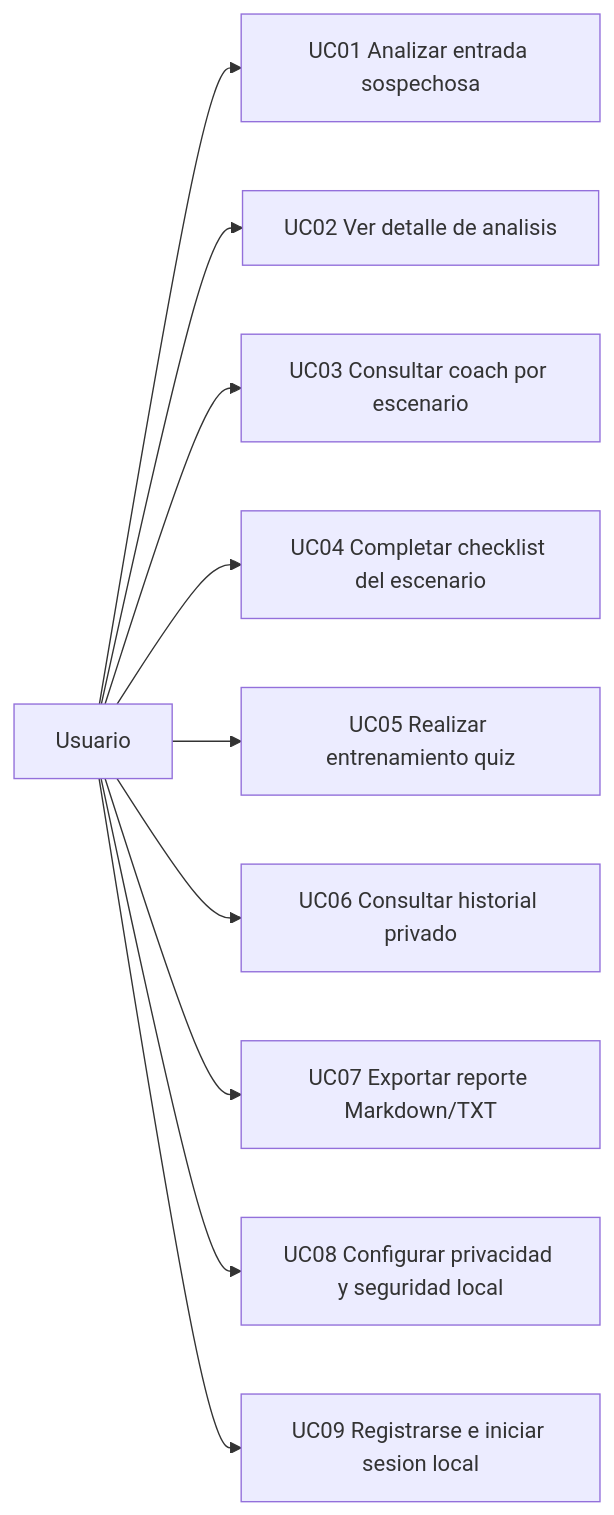
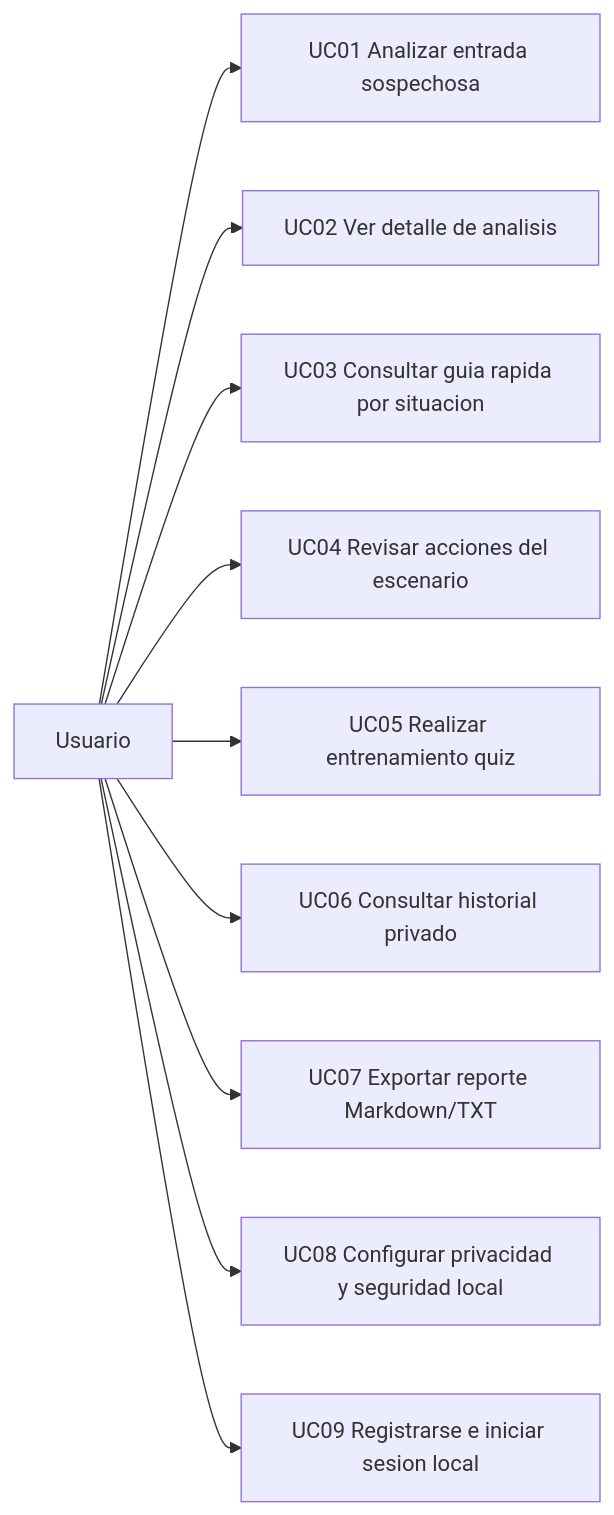
The diagram in docs/Casos_de_Uso.md (estefaniajm94/Proyecto-final), drawn with Mermaid before and after one commit. The commit also changed other lines of this file and 21 other files, not shown here.

Commit message:
Improve scenario guide flow and sync docs

````diff
--- a/docs/Casos_de_Uso.md
+++ b/docs/Casos_de_Uso.md
@@ -4,12 +4,12 @@
 ```mermaid
 flowchart LR
     U[Usuario] --> UC01[UC01 Analizar entrada sospechosa]
     U --> UC02[UC02 Ver detalle de analisis]
-    U --> UC03[UC03 Consultar coach por escenario]
-    U --> UC04[UC04 Completar checklist del escenario]
+    U --> UC03[UC03 Consultar guia rapida por situacion]
+    U --> UC04[UC04 Revisar acciones del escenario]
     U --> UC05[UC05 Realizar entrenamiento quiz]
     U --> UC06[UC06 Consultar historial privado]
     U --> UC07[UC07 Exportar reporte Markdown/TXT]
     U --> UC08[UC08 Configurar privacidad y seguridad local]
     U --> UC09[UC09 Registrarse e iniciar sesion local]
 ```
````
